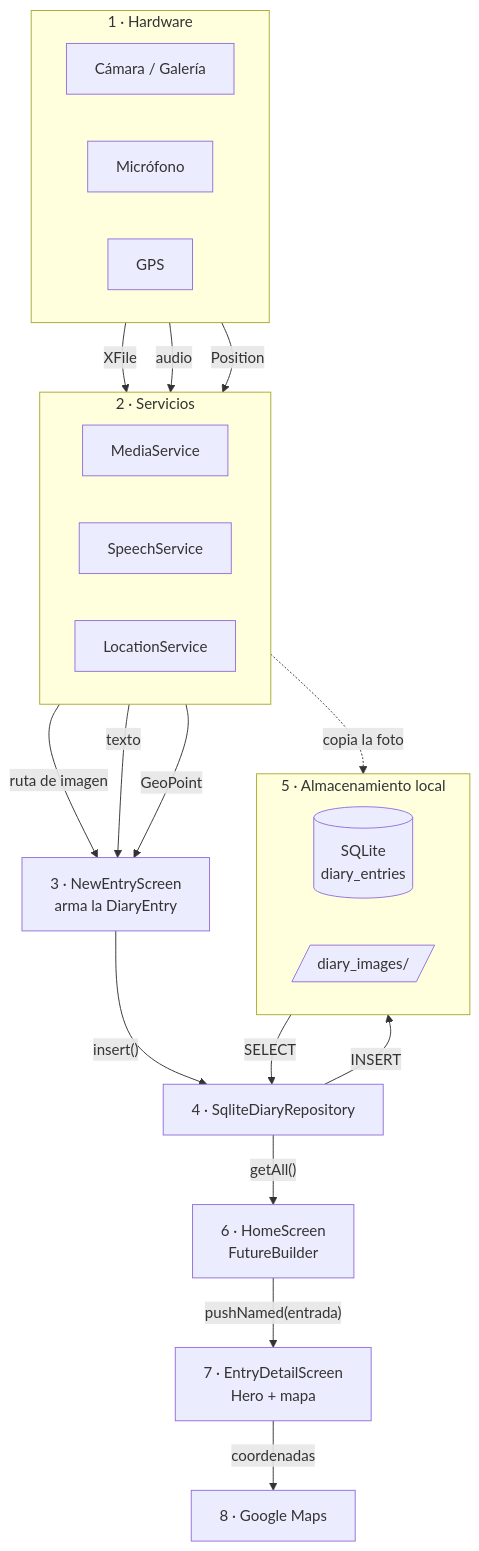
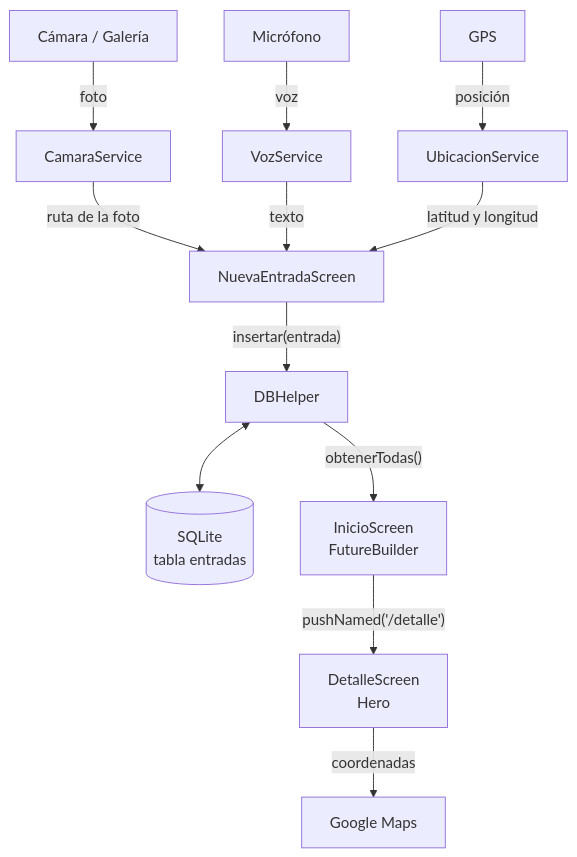
One commit to Marcosjv1/Parcial-2 changed the diagram in docs/diagramas/flujo.mmd. Above: the diagram before and after it, drawn with Mermaid. The commit also changed 44 other files, not shown here.

```diff
--- a/docs/diagramas/flujo.mmd
+++ b/docs/diagramas/flujo.mmd
@@ -1,37 +1,12 @@
 flowchart TB
-  subgraph HW["1 · Hardware"]
-    direction LR
-    CAM[Cámara / Galería]
-    MIC[Micrófono]
-    GPS[GPS]
-  end
-  subgraph SV["2 · Servicios"]
-    direction LR
-    MS[MediaService]
-    SS[SpeechService]
-    LS[LocationService]
-  end
-  NE["3 · NewEntryScreen<br/>arma la DiaryEntry"]
-  REPO["4 · SqliteDiaryRepository"]
-  subgraph ST["5 · Almacenamiento local"]
-    direction LR
-    DB[("SQLite<br/>diary_entries")]
-    FS[/"diary_images/"/]
-  end
-  HS["6 · HomeScreen<br/>FutureBuilder"]
-  DS["7 · EntryDetailScreen<br/>Hero + mapa"]
-  GM["8 · Google Maps"]
-
-  CAM -- XFile --> MS
-  MIC -- audio --> SS
-  GPS -- Position --> LS
-  MS -- ruta de imagen --> NE
-  SS -- texto --> NE
-  LS -- GeoPoint --> NE
-  MS -. copia la foto .-> FS
-  NE -- "insert()" --> REPO
-  REPO -- INSERT --> DB
-  DB -- SELECT --> REPO
-  REPO -- "getAll()" --> HS
-  HS -- "pushNamed(entrada)" --> DS
-  DS -- coordenadas --> GM
+  CAM[Cámara / Galería] -- foto --> CS[CamaraService]
+  MIC[Micrófono] -- voz --> VS[VozService]
+  GPS[GPS] -- posición --> US[UbicacionService]
+  CS -- ruta de la foto --> NE[NuevaEntradaScreen]
+  VS -- texto --> NE
+  US -- latitud y longitud --> NE
+  NE -- "insertar(entrada)" --> DB[DBHelper]
+  DB <--> SQL[(SQLite<br/>tabla entradas)]
+  DB -- "obtenerTodas()" --> IS[InicioScreen<br/>FutureBuilder]
+  IS -- "pushNamed('/detalle')" --> DS[DetalleScreen<br/>Hero]
+  DS -- coordenadas --> GM[Google Maps]
```
